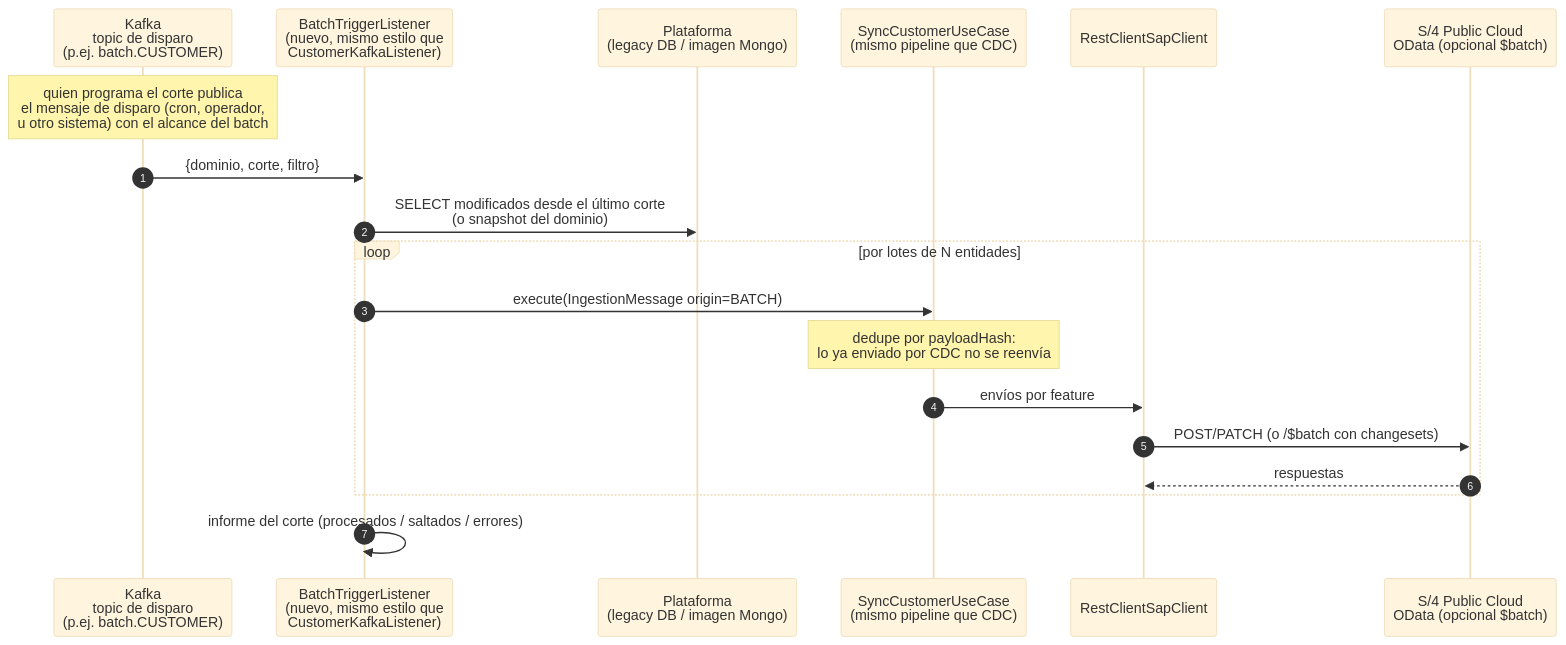
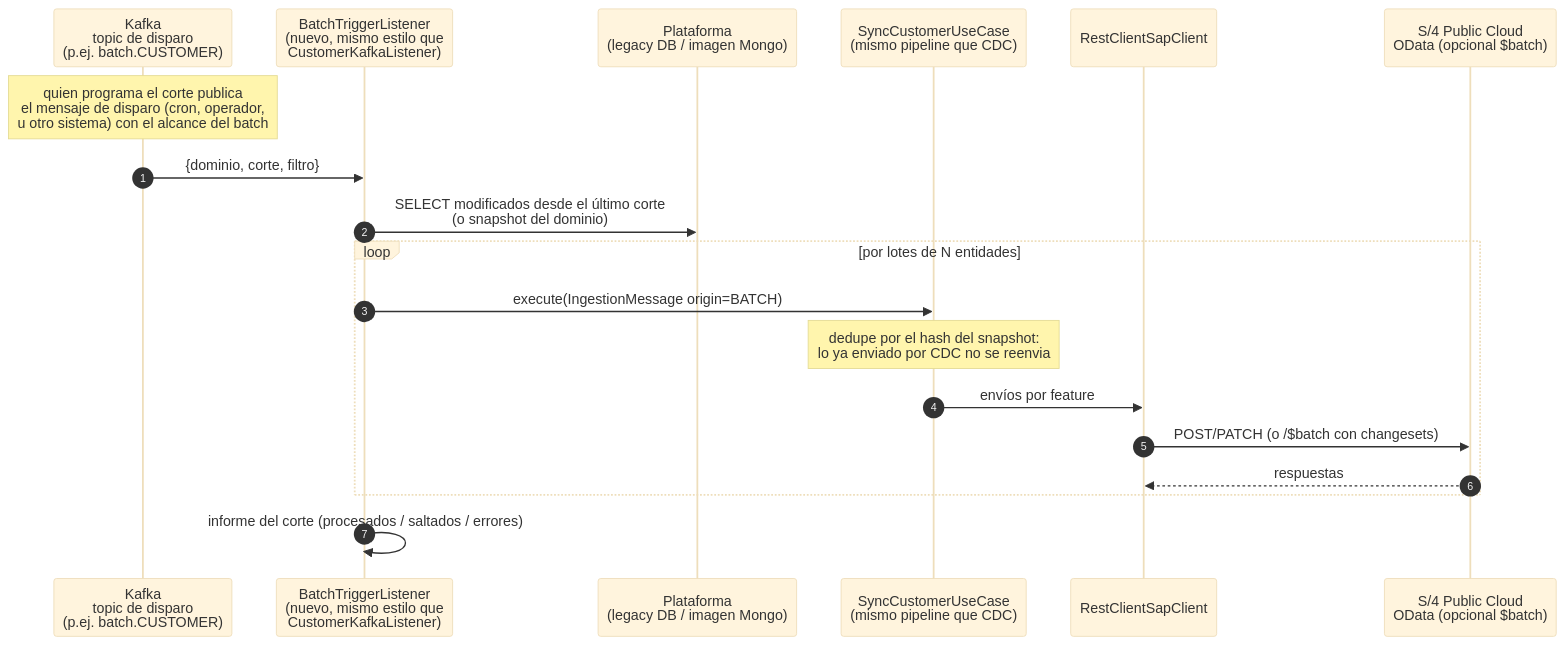
Before and after one commit to xurxovega/poc-sap-integration-java: the fourth of 5 diagrams in docs/architecture/INTEGRATION-PATTERNS.md, drawn with Mermaid (base theme). The commit also changed other lines of this file and 183 other files, not shown here.

````diff
--- a/docs/architecture/INTEGRATION-PATTERNS.md
+++ b/docs/architecture/INTEGRATION-PATTERNS.md
@@ -163,22 +182,22 @@
 ```mermaid
 sequenceDiagram
     autonumber
     participant TRG as Kafka<br/>topic de disparo<br/>(p.ej. batch.CUSTOMER)
     participant BL as BatchTriggerListener<br/>(nuevo, mismo estilo que<br/>CustomerKafkaListener)
     participant DB as Plataforma<br/>(legacy DB / imagen Mongo)
     participant UC as SyncCustomerUseCase<br/>(mismo pipeline que CDC)
     participant CL as RestClientSapClient
     participant S4 as S/4 Public Cloud<br/>OData (opcional $batch)
 
     Note over TRG: quien programa el corte publica<br/>el mensaje de disparo (cron, operador,<br/>u otro sistema) con el alcance del batch
     TRG->>BL: {dominio, corte, filtro}
     BL->>DB: SELECT modificados desde el último corte<br/>(o snapshot del dominio)
     loop por lotes de N entidades
         BL->>UC: execute(IngestionMessage origin=BATCH)
-        Note over UC: dedupe por payloadHash:<br/>lo ya enviado por CDC no se reenvía
+        Note over UC: dedupe por el hash del snapshot:<br/>lo ya enviado por CDC no se reenvia
         UC->>CL: envíos por feature
         CL->>S4: POST/PATCH (o /$batch con changesets)
         S4-->>CL: respuestas
     end
     BL->>BL: informe del corte (procesados / saltados / errores)
 ```
````
